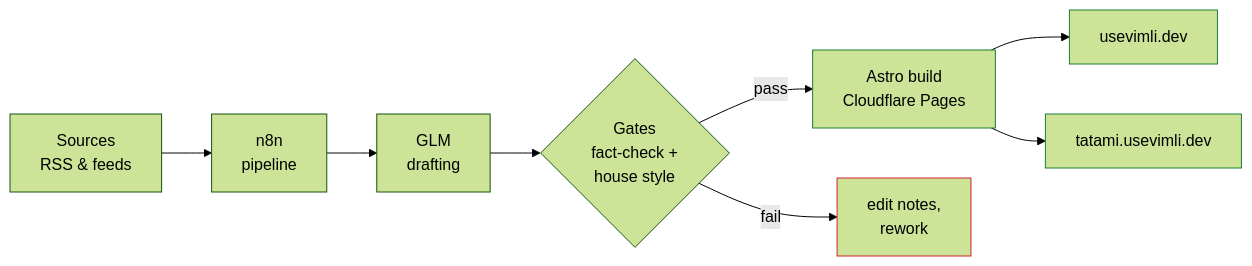
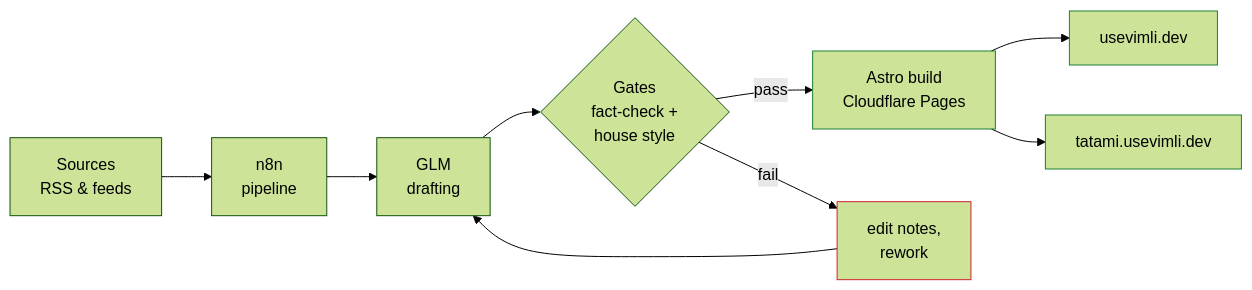
Before and after one commit to racknroll/.github: the first of 2 diagrams in profile/README.md, drawn with Mermaid (forest theme). The commit also changed other lines of this file, not shown here.

Commit message:
README flow: repos before diagrams, rework loop closes, private-repo note

````diff
--- a/profile/README.md
+++ b/profile/README.md
@@ -19,15 +40,16 @@
 ```mermaid
 flowchart LR
     S["Sources<br/>RSS & feeds"] --> N["n8n<br/>pipeline"]
     N --> D["GLM<br/>drafting"]
     D --> G{"Gates<br/>fact-check +<br/>house style"}
     G -- pass --> B["Astro build<br/>Cloudflare Pages"]
     G -- fail --> E["edit notes,<br/>rework"]
+    E --> D
     B --> W1["usevimli.dev"]
     B --> W2["tatami.usevimli.dev"]
 
     classDef good stroke:#1a7f37
     classDef bad stroke:#cf222e
     class B,W1,W2 good
     class E bad
 ```
````
